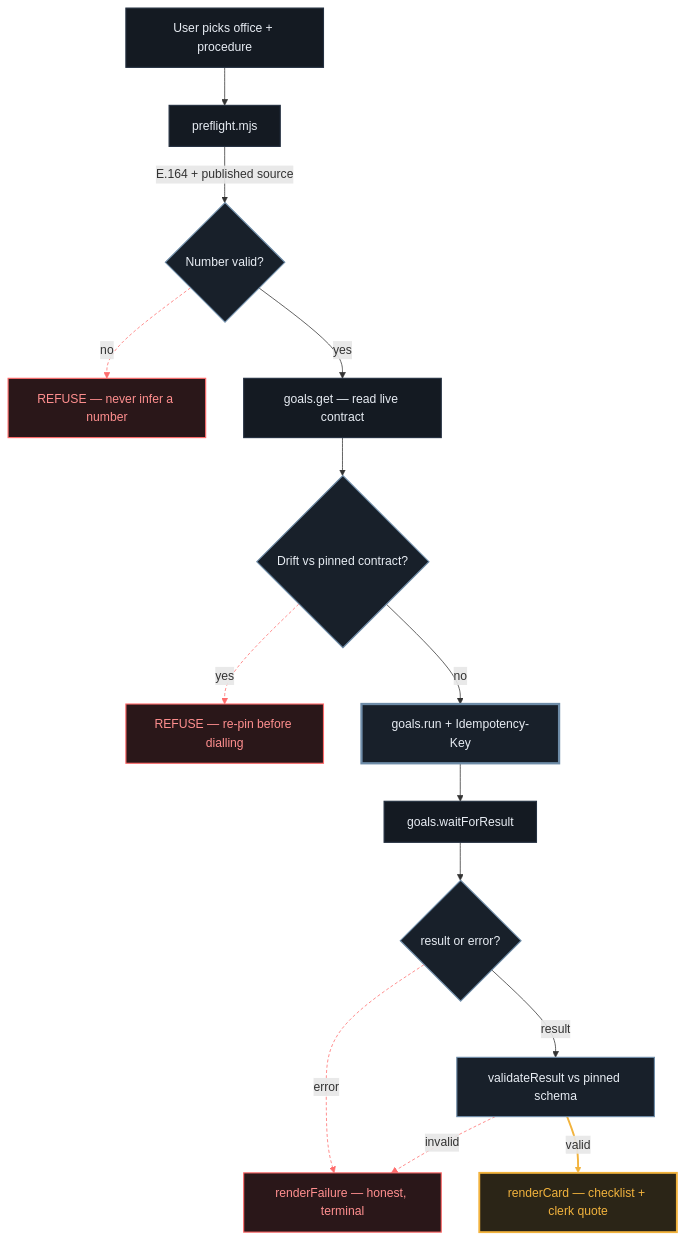
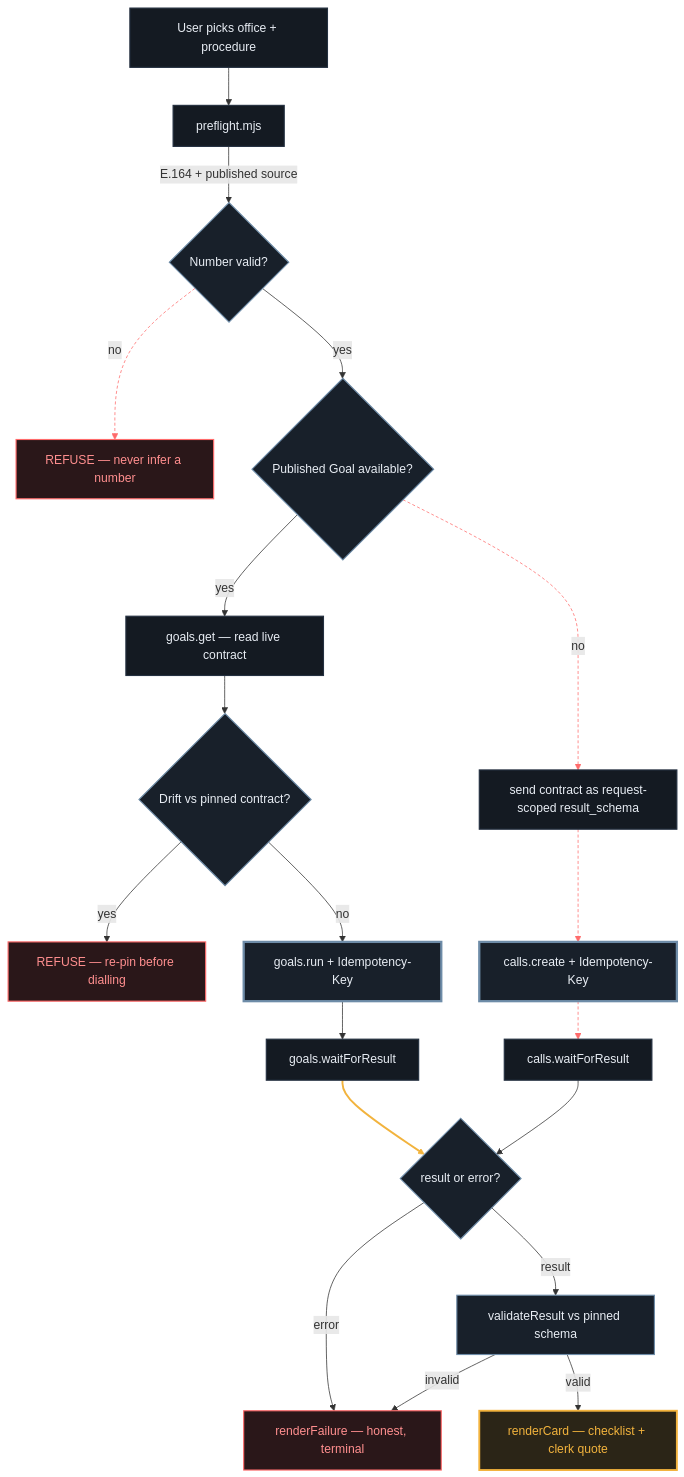
Before and after one commit to edycutjong/countercall: the diagram in README.md, drawn with Mermaid. The commit also changed other lines of this file and 6 other files, not shown here.

````diff
--- a/README.md
+++ b/README.md
@@ -105,31 +105,36 @@
 ```mermaid
 graph TD
     A[User picks office + procedure] --> B[preflight.mjs]
     B -->|E.164 + published source| C{Number valid?}
     C -->|no| R[REFUSE — never infer a number]
-    C -->|yes| D[goals.get — read live contract]
+    C -->|yes| T{Published Goal available?}
+    T -->|yes| D[goals.get — read live contract]
+    T -->|no| S[send contract as request-scoped result_schema]
     D --> E{Drift vs pinned contract?}
     E -->|yes| R2[REFUSE — re-pin before dialling]
     E -->|no| F[goals.run + Idempotency-Key]
+    S --> F2[calls.create + Idempotency-Key]
     F --> G[goals.waitForResult]
+    F2 --> G2[calls.waitForResult]
     G --> H{result or error?}
+    G2 --> H
     H -->|error| I[renderFailure — honest, terminal]
     H -->|result| J[validateResult vs pinned schema]
     J -->|invalid| I
     J -->|valid| K[renderCard — checklist + clerk quote]
 
     classDef flow fill:#141A22,stroke:#243040,stroke-width:1.5px,color:#E8EDF4
     classDef dec  fill:#18202A,stroke:#6E8CA8,stroke-width:1.5px,color:#E8EDF4
     classDef ring fill:#18202A,stroke:#6E8CA8,stroke-width:3px,color:#E8EDF4
     classDef stop fill:#2A1719,stroke:#FF6B6B,stroke-width:1.5px,color:#FF8F8F
     classDef ev   fill:#2B2517,stroke:#F2B33D,stroke-width:2.5px,color:#F2B33D
 
-    class A,B,D,G flow
-    class C,E,H,J dec
-    class F ring
+    class A,B,D,G,S,G2 flow
+    class C,E,H,J,T dec
+    class F,F2 ring
     class R,R2,I stop
     class K ev
 
     linkStyle 2,5,9,11 stroke:#FF6B6B,stroke-dasharray:4 3
     linkStyle 12 stroke:#F2B33D,stroke-width:2.5px
 ```
````
